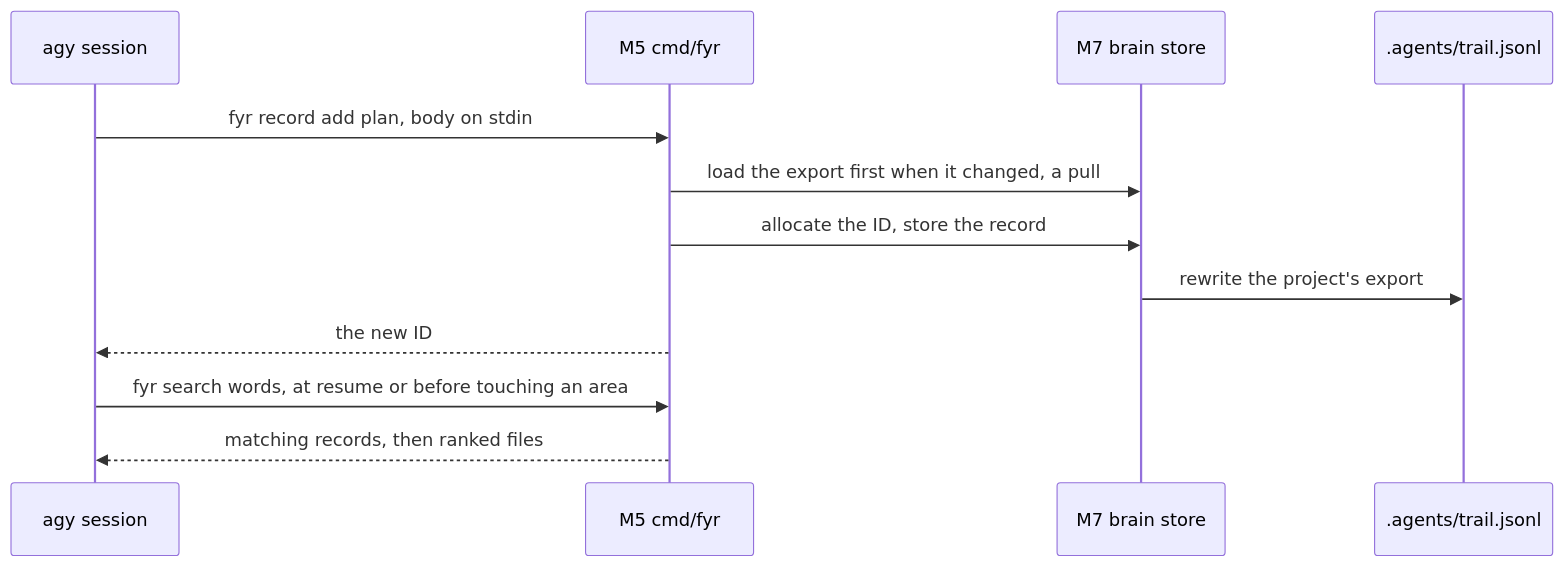
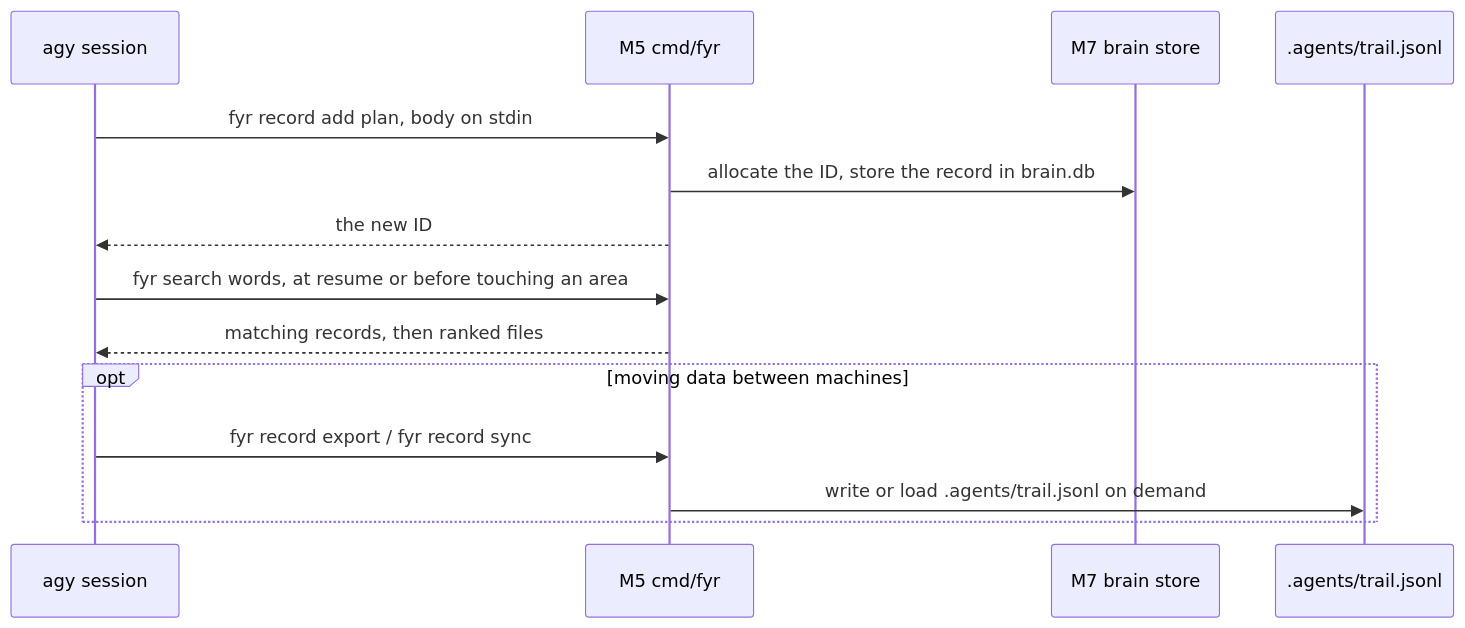
Before and after one commit to kesokaj/fyr: the fourth of 5 diagrams in SDD.md, drawn with Mermaid. The commit also changed other lines of this file and 84 other files, not shown here.

Commit message:
brain: store records in brain.db only with on-demand export and sync (ADR-091)

````diff
--- a/SDD.md
+++ b/SDD.md
@@ -94,14 +94,16 @@
 ```mermaid
 sequenceDiagram
   participant A as agy session
   participant C as M5 cmd/fyr
   participant B as M7 brain store
   participant T as .agents/trail.jsonl
   A->>C: fyr record add plan, body on stdin
-  C->>B: load the export first when it changed, a pull
-  C->>B: allocate the ID, store the record
-  B->>T: rewrite the project's export
+  C->>B: allocate the ID, store the record in brain.db
   C-->>A: the new ID
   A->>C: fyr search words, at resume or before touching an area
   C-->>A: matching records, then ranked files
+  opt moving data between machines
+    A->>C: fyr record export / fyr record sync
+    C->>T: write or load .agents/trail.jsonl on demand
+  end
 ```
````
